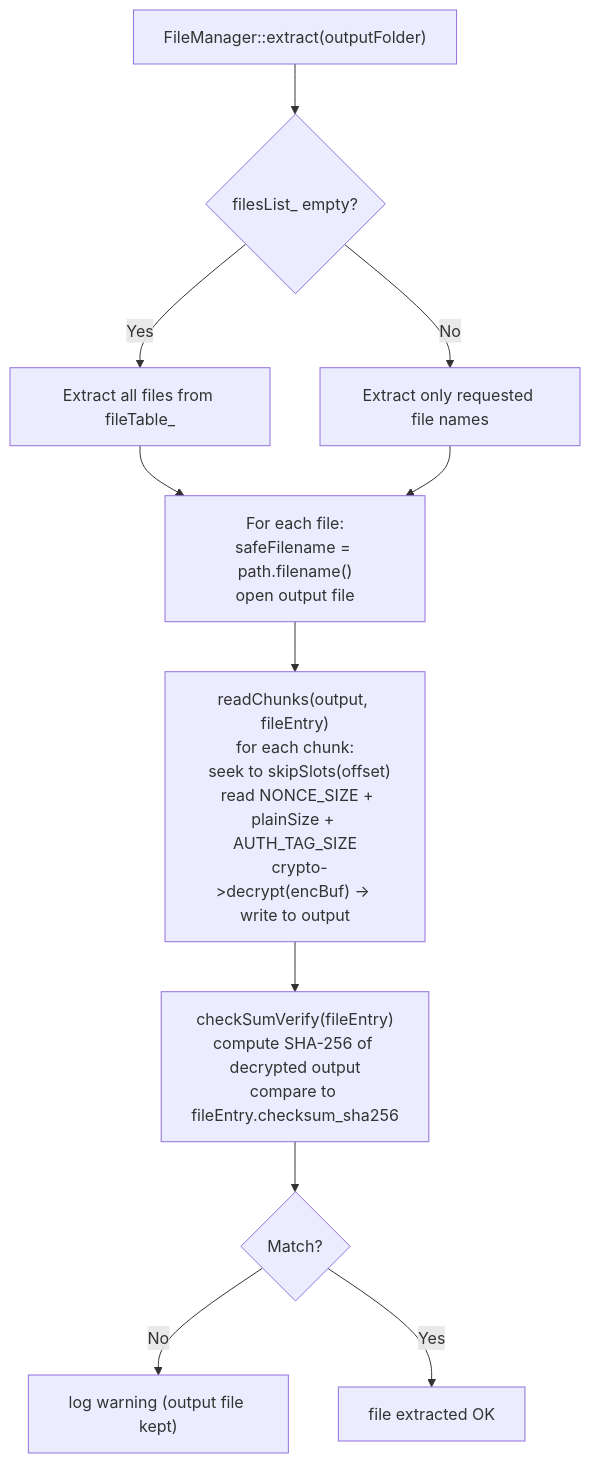
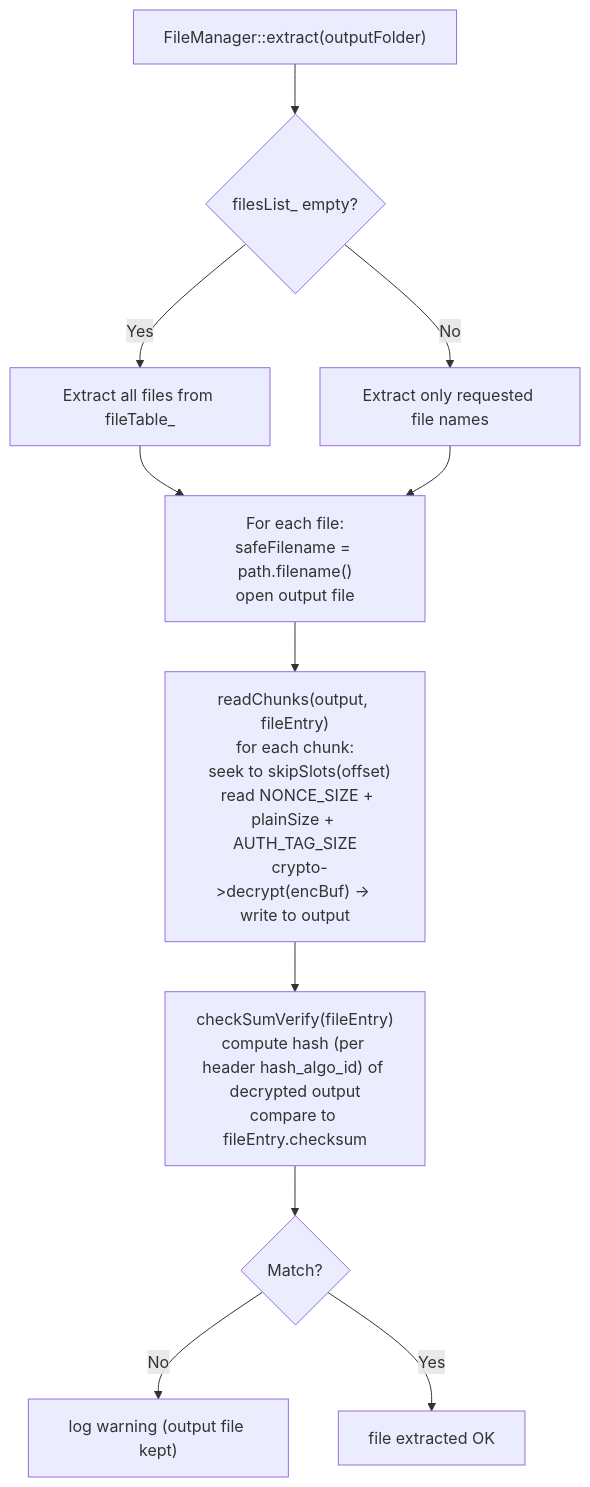
The fifth of 8 diagrams in docs/data-flows.md (TheatreLight/scef), drawn with Mermaid before and after one commit. The commit also changed other lines of this file and 40 other files, not shown here.

````diff
--- a/docs/data-flows.md
+++ b/docs/data-flows.md
@@ -115,20 +115,20 @@
 ```mermaid
 flowchart TD
     A["FileManager::extract(outputFolder)"]
     B{filesList_ empty?}
     C["Extract all files from fileTable_"]
     D["Extract only requested file names"]
     E["For each file:\nsafeFilename = path.filename()\nopen output file"]
     F["readChunks(output, fileEntry)\nfor each chunk:\n  seek to skipSlots(offset)\n  read NONCE_SIZE + plainSize + AUTH_TAG_SIZE\n  crypto->decrypt(encBuf) → write to output"]
-    G["checkSumVerify(fileEntry)\ncompute SHA-256 of decrypted output\ncompare to fileEntry.checksum_sha256"]
+    G["checkSumVerify(fileEntry)\ncompute hash (per header hash_algo_id) of decrypted output\ncompare to fileEntry.checksum"]
     H{Match?}
     I["log warning (output file kept)"]
     J["file extracted OK"]
 
     A --> B
     B -->|Yes| C --> E
     B -->|No| D --> E
     E --> F --> G --> H
     H -->|No| I
     H -->|Yes| J
 ```
````
